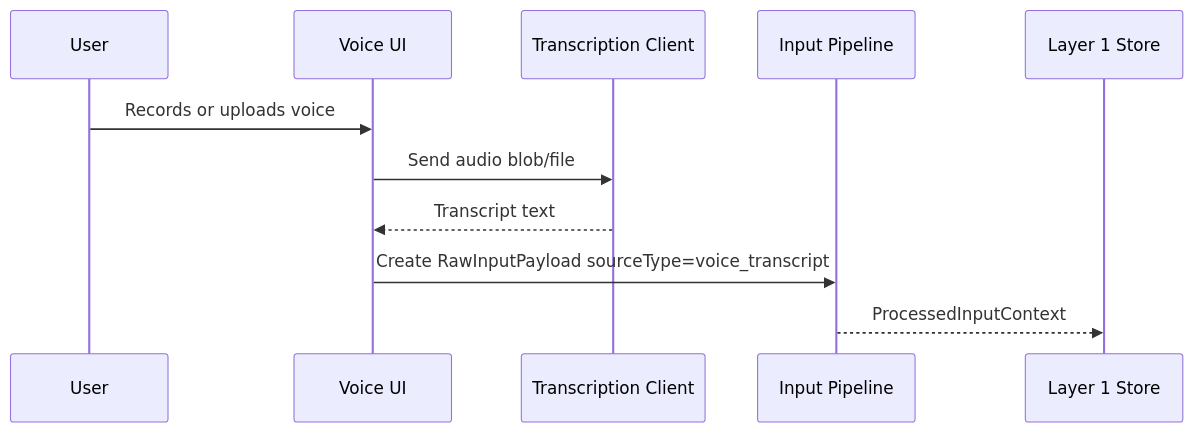
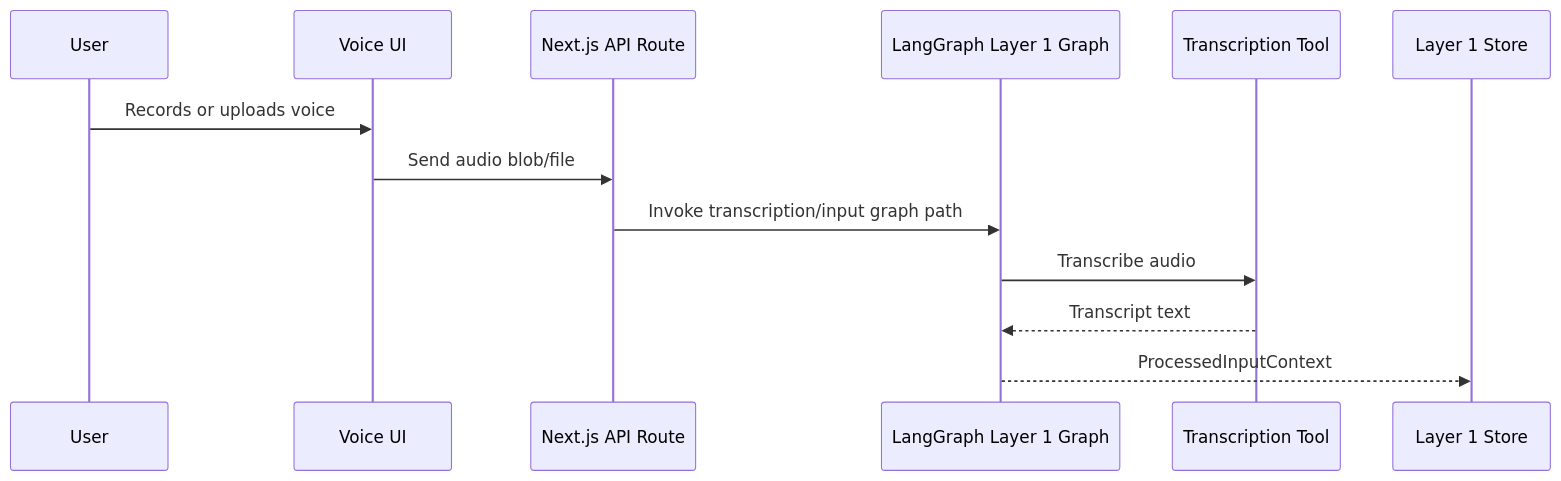
One commit to ProductMasterz/Mujarrad-Frontend changed the fourth of 19 diagrams in Docs/system-design-detailed-plan.md. Above: the diagram before and after it, drawn with Mermaid. The commit also changed other lines of this file, not shown here.

Commit message:
Refine system design architecture plan

````diff
--- a/Docs/system-design-detailed-plan.md
+++ b/Docs/system-design-detailed-plan.md
@@ -470,14 +450,16 @@
 ```mermaid
 sequenceDiagram
     participant User
     participant UI as Voice UI
-    participant Transcriber as Transcription Client
-    participant Pipeline as Input Pipeline
+    participant API as Next.js API Route
+    participant Graph as LangGraph Layer 1 Graph
+    participant Transcriber as Transcription Tool
     participant Store as Layer 1 Store
 
     User->>UI: Records or uploads voice
-    UI->>Transcriber: Send audio blob/file
-    Transcriber-->>UI: Transcript text
-    UI->>Pipeline: Create RawInputPayload sourceType=voice_transcript
-    Pipeline-->>Store: ProcessedInputContext
+    UI->>API: Send audio blob/file
+    API->>Graph: Invoke transcription/input graph path
+    Graph->>Transcriber: Transcribe audio
+    Transcriber-->>Graph: Transcript text
+    Graph-->>Store: ProcessedInputContext
 ```
````
